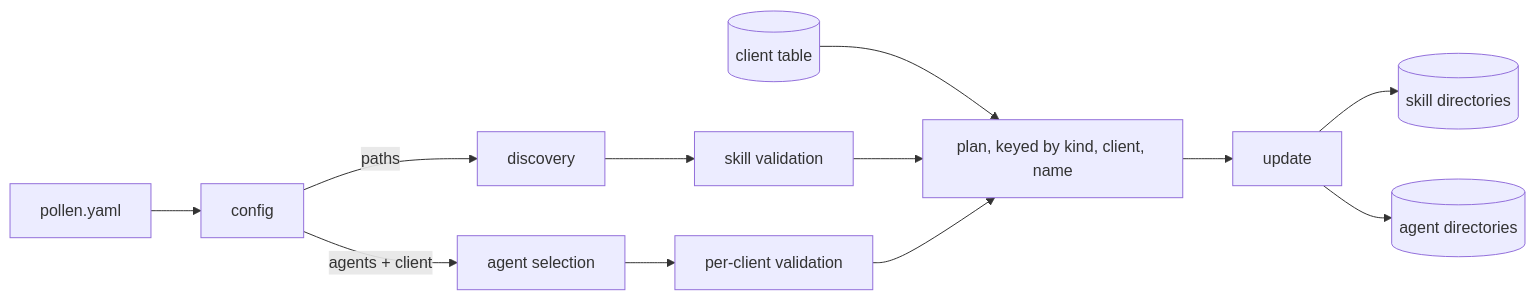
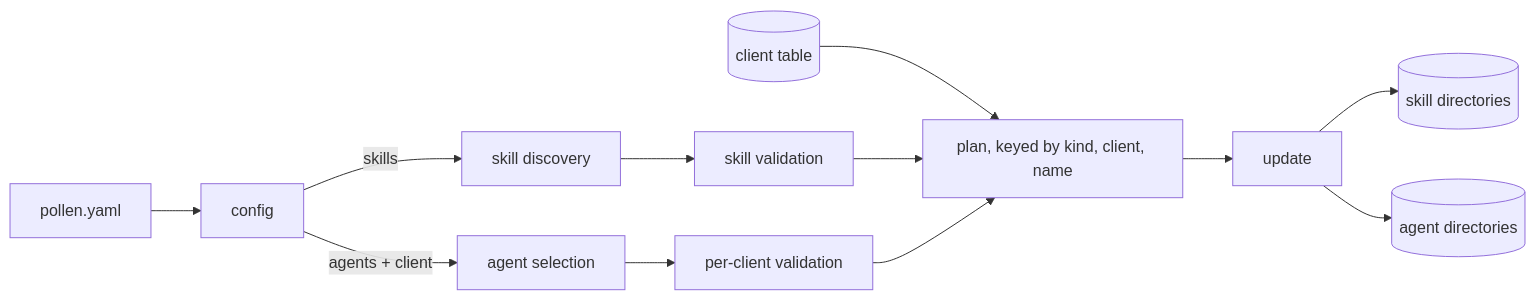
Before and after one commit to groupbees/pollen: the diagram in docs/adr/0004-deploy-agent-definitions-verbatim-per-client.md, drawn with Mermaid. The commit also changed other lines of this file, not shown here.

````diff
--- a/docs/adr/0004-deploy-agent-definitions-verbatim-per-client.md
+++ b/docs/adr/0004-deploy-agent-definitions-verbatim-per-client.md
@@ -97,14 +100,14 @@
 ```mermaid
 flowchart LR
     yaml[pollen.yaml] --> config[config]
-    config -->|paths| discovery[discovery]
+    config -->|skills| skilldiscovery[skill discovery]
     config -->|agents + client| agents[agent selection]
-    discovery --> skill[skill validation]
+    skilldiscovery --> skill[skill validation]
     agents --> agentcheck[per-client validation]
     clients[(client table)] --> plan
     skill --> plan[plan, keyed by kind, client, name]
     agentcheck --> plan
     plan --> update[update]
     update --> skilldirs[(skill directories)]
     update --> agentdirs[(agent directories)]
 ```
````
